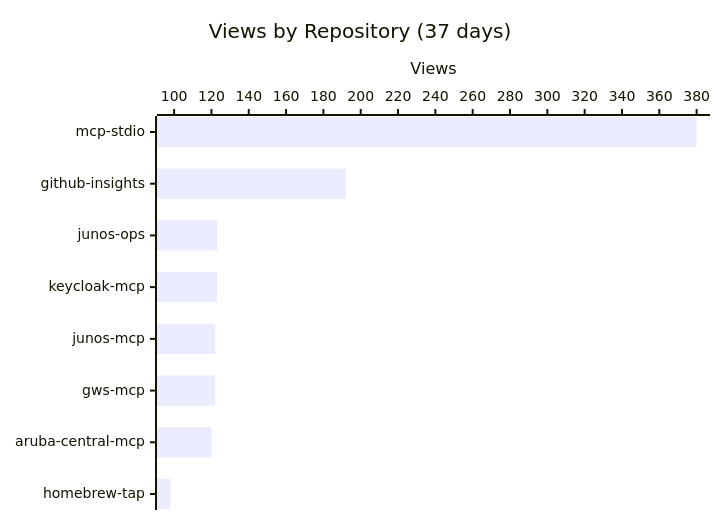
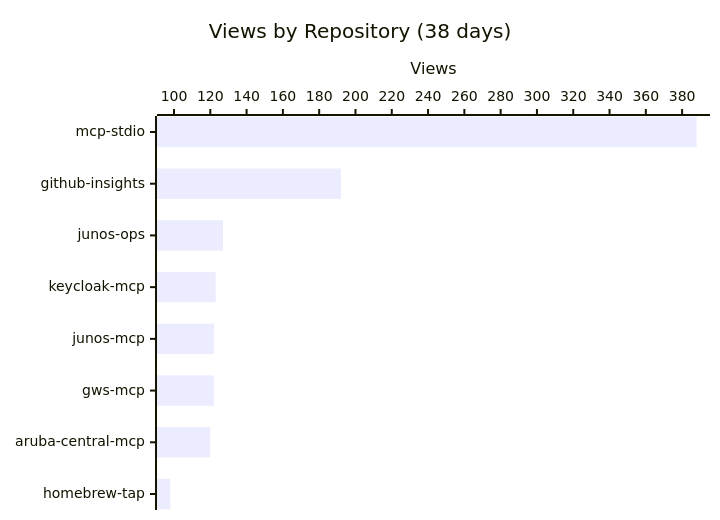
One commit to shigechika/github-insights changed the first of 3 diagrams in README.md. Above: the diagram before and after it, drawn with Mermaid. The commit also changed other lines of this file and 1 other file, not shown here.

````diff
--- a/README.md
+++ b/README.md
@@ -16,7 +16,7 @@
 ```mermaid
 xychart-beta horizontal
-    title "Views by Repository (37 days)"
+    title "Views by Repository (38 days)"
     x-axis ["mcp-stdio", "github-insights", "junos-ops", "keycloak-mcp", "junos-mcp", "gws-mcp", "aruba-central-mcp", "homebrew-tap"]
     y-axis "Views"
-    bar [380, 192, 123, 123, 122, 122, 120, 98]
+    bar [388, 192, 127, 123, 122, 122, 120, 98]
 ```
````
